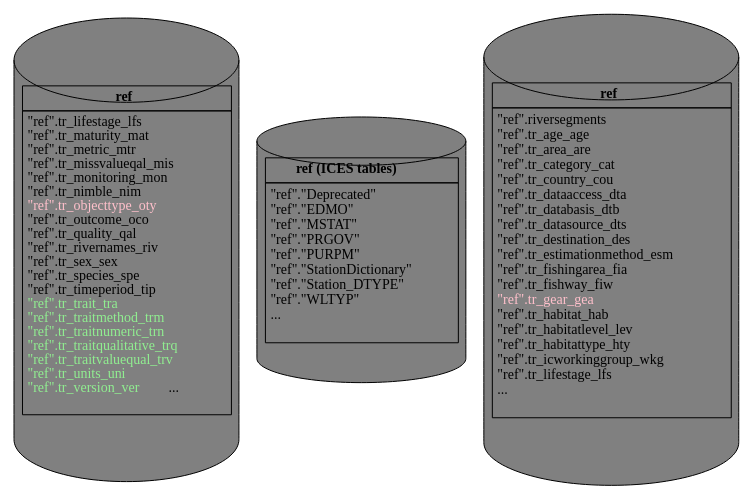
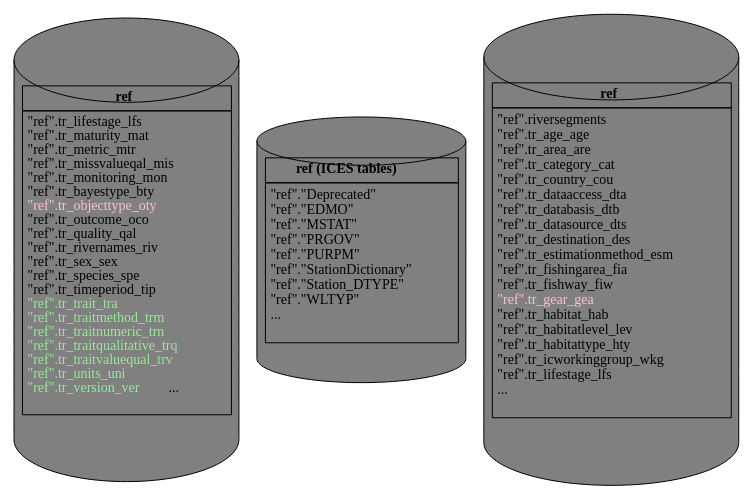
The third of 4 diagrams in R/final_presentation_metric_and_stock.qmd (DIASPARAproject/WP3_migdb), drawn with Graphviz before and after one commit. The commit also changed other lines of this file and 14 other files, not shown here.

```diff
--- a/R/final_presentation_metric_and_stock.qmd
+++ b/R/final_presentation_metric_and_stock.qmd
@@ -456,7 +456,7 @@
 "ref".tr_metric_mtr <br align="left"/>
 "ref".tr_missvalueqal_mis <br align="left"/>
 "ref".tr_monitoring_mon <br align="left"/>
-"ref".tr_nimble_nim <br align="left"/>
+"ref".tr_bayestype_bty <br align="left"/>
 <font color="pink">
 "ref".tr_objecttype_oty <br align="left"/>
 </font>
```
